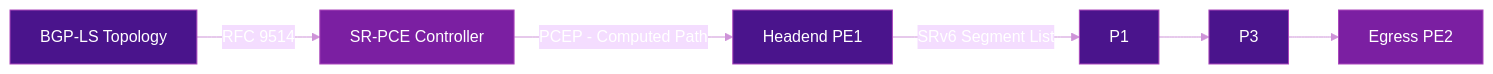
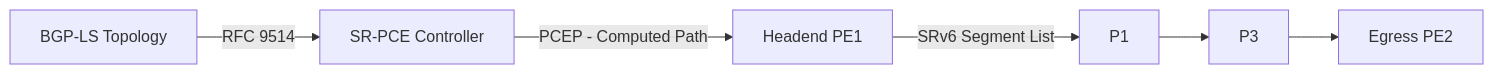
One commit to eldaninavas/srv6.md changed the second of 3 diagrams in docs/topics/sr-policy.md. Above: the diagram before and after it, drawn with Mermaid. The commit also changed other lines of this file and 29 other files, not shown here.

First line of the commit message:
fix(mermaid): apply theme-aware colors site-wide

````diff
--- a/docs/topics/sr-policy.md
+++ b/docs/topics/sr-policy.md
@@ -137,16 +128,8 @@
 ```mermaid
-%%{init: {"theme": "base", "themeVariables": {"primaryTextColor": "#fff", "lineColor": "#ce93d8", "textColor": "#fff"}}}%%
 graph LR
     BGP_LS[BGP-LS Topology] -->|RFC 9514| PCE[SR-PCE Controller]
     PCE -->|PCEP - Computed Path| PE1[Headend PE1]
     PE1 -->|SRv6 Segment List| P1[P1]
     P1 --> P3[P3]
     P3 --> PE2[Egress PE2]
-
-    style BGP_LS fill:#4a148c,color:#fff,stroke:#ab47bc
-    style PCE fill:#7b1fa2,color:#fff,stroke:#ab47bc
-    style PE1 fill:#4a148c,color:#fff,stroke:#ab47bc
-    style P1 fill:#4a148c,color:#fff,stroke:#ab47bc
-    style P3 fill:#4a148c,color:#fff,stroke:#ab47bc
-    style PE2 fill:#7b1fa2,color:#fff,stroke:#ab47bc
 ```
````
